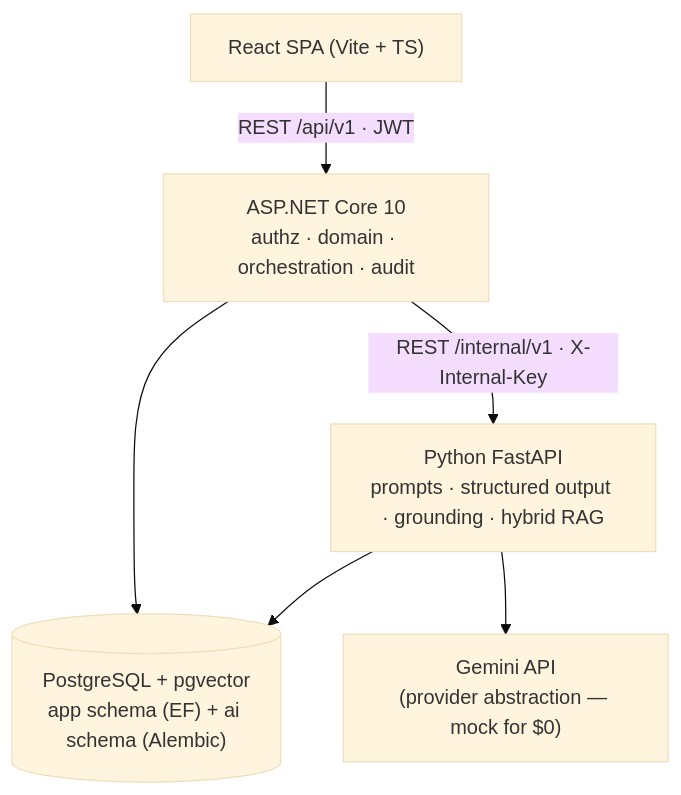
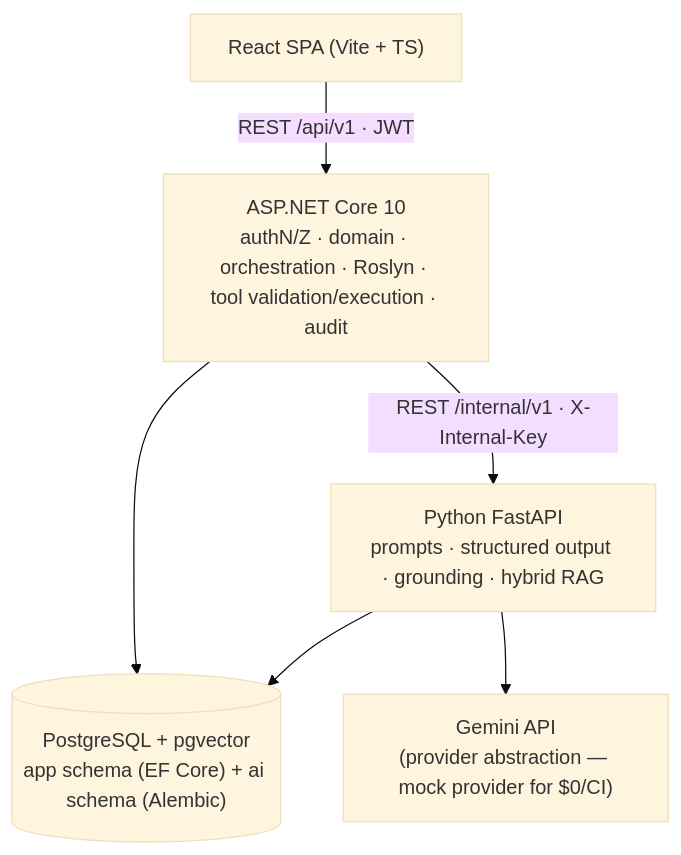
Before and after one commit to Priyanshu-47/ChangeLens-AI: the diagram in README.md, drawn with Mermaid (base theme). The commit also changed other lines of this file and 9 other files, not shown here.

````diff
--- a/README.md
+++ b/README.md
@@ -29,8 +70,8 @@
 ```mermaid
 flowchart TB
     FE["React SPA (Vite + TS)"] -->|"REST /api/v1 · JWT"| BE
-    BE["ASP.NET Core 10<br/>authz · domain · orchestration · audit"] -->|"REST /internal/v1 · X-Internal-Key"| AI
-    BE --> PG[("PostgreSQL + pgvector<br/>app schema (EF) + ai schema (Alembic)")]
+    BE["ASP.NET Core 10<br/>authN/Z · domain · orchestration · Roslyn · tool validation/execution · audit"] -->|"REST /internal/v1 · X-Internal-Key"| AI
+    BE --> PG[("PostgreSQL + pgvector<br/>app schema (EF Core) + ai schema (Alembic)")]
     AI["Python FastAPI<br/>prompts · structured output · grounding · hybrid RAG"] --> PG
-    AI --> G["Gemini API<br/>(provider abstraction — mock for $0)"]
+    AI --> G["Gemini API<br/>(provider abstraction — mock provider for $0/CI)"]
 ```
````
